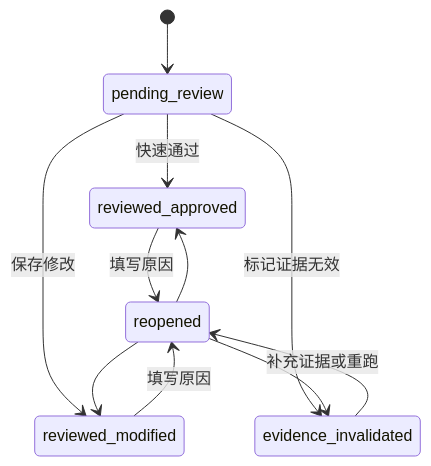
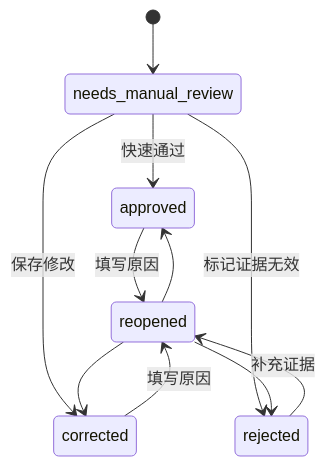
One commit to pinkman010/esg-agent changed the second of 3 diagrams in docs/product/state-model.md. Above: the diagram before and after it, drawn with Mermaid. The commit also changed other lines of this file and 8 other files, not shown here.

````diff
--- a/docs/product/state-model.md
+++ b/docs/product/state-model.md
@@ -58,13 +62,13 @@
 ```mermaid
 stateDiagram-v2
-    [*] --> pending_review
-    pending_review --> reviewed_approved: 快速通过
-    pending_review --> reviewed_modified: 保存修改
-    pending_review --> evidence_invalidated: 标记证据无效
-    reviewed_approved --> reopened: 填写原因
-    reviewed_modified --> reopened: 填写原因
-    evidence_invalidated --> reopened: 补充证据或重跑
-    reopened --> reviewed_approved
-    reopened --> reviewed_modified
-    reopened --> evidence_invalidated
+    [*] --> needs_manual_review
+    needs_manual_review --> approved: 快速通过
+    needs_manual_review --> corrected: 保存修改
+    needs_manual_review --> rejected: 标记证据无效
+    approved --> reopened: 填写原因
+    corrected --> reopened: 填写原因
+    rejected --> reopened: 补充证据
+    reopened --> approved
+    reopened --> corrected
+    reopened --> rejected
 ```
````
